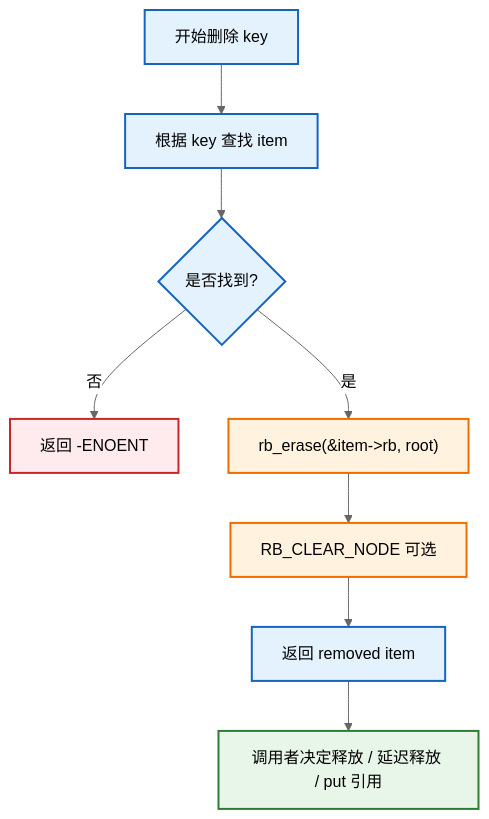
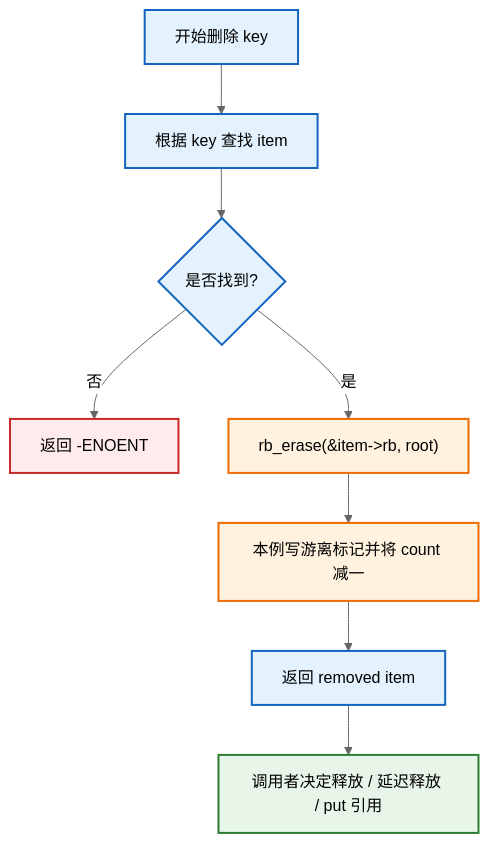
One commit to FormingSystem/linux_note changed diagram 24 of 30 in knowledge/linux/data_structures/红黑树_rb-tree/P37_构建rbtree调用者接口.md. Above: the diagram before and after it, drawn with Mermaid (neutral theme). The commit also changed other lines of this file and 2 other files, not shown here.

````diff
--- a/knowledge/linux/data_structures/红黑树_rb-tree/P37_构建rbtree调用者接口.md
+++ b/knowledge/linux/data_structures/红黑树_rb-tree/P37_构建rbtree调用者接口.md
@@ -1864,29 +1861,29 @@
 ```mermaid
 graph TD
 	remove_start["开始删除 key"]
 	search_key["根据 key 查找 item"]
 	found{"是否找到?"}
 	not_found["返回 -ENOENT"]
 	erase_node["rb_erase(&item->rb, root)"]
-	clear_node["RB_CLEAR_NODE 可选"]
+	clear_node["本例写游离标记并将 count 减一"]
 	return_item["返回 removed item"]
 	lifetime_decide["调用者决定释放 / 延迟释放 / put 引用"]
 
 	remove_start --> search_key
 	search_key --> found
 	found -->|否| not_found
 	found -->|是| erase_node
 	erase_node --> clear_node
 	clear_node --> return_item
 	return_item --> lifetime_decide
 
 	classDef flow fill:#e3f2fd,stroke:#1565c0,color:#000,stroke-width:2px;
 	classDef rb fill:#fff3e0,stroke:#ef6c00,color:#000,stroke-width:2px;
 	classDef fail fill:#ffebee,stroke:#c62828,color:#000,stroke-width:2px;
 	classDef life fill:#e8f5e9,stroke:#2e7d32,color:#000,stroke-width:2px;
 
 	class remove_start,search_key,found,return_item flow;
 	class erase_node,clear_node rb;
 	class not_found fail;
 	class lifetime_decide life;
 ```
````
